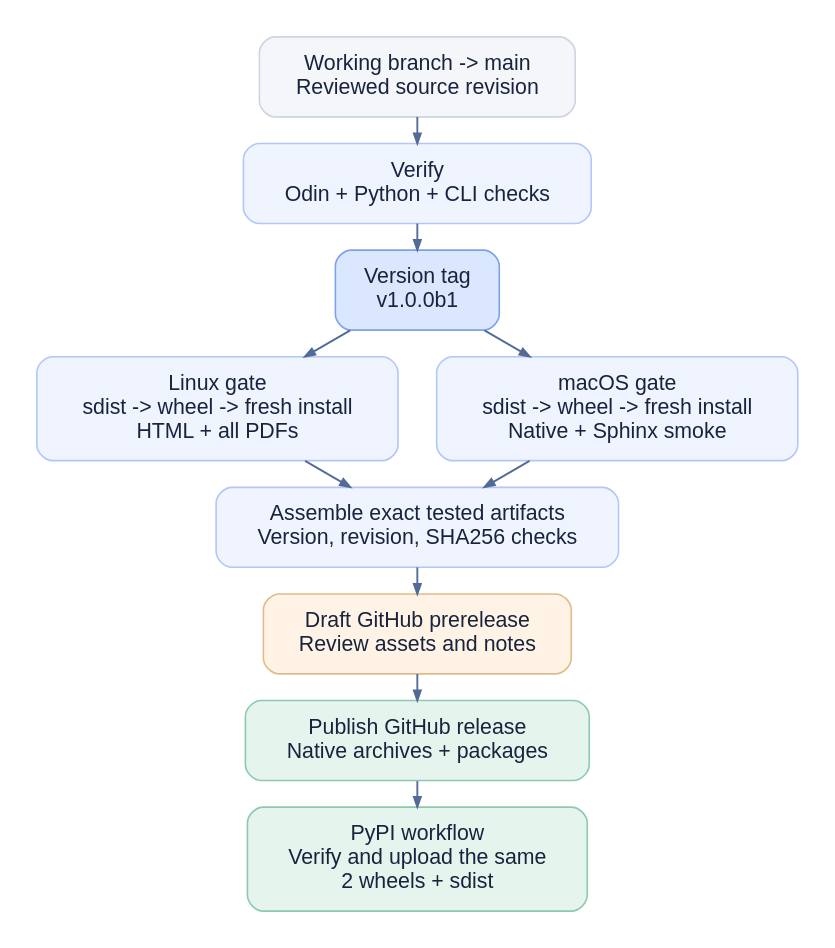
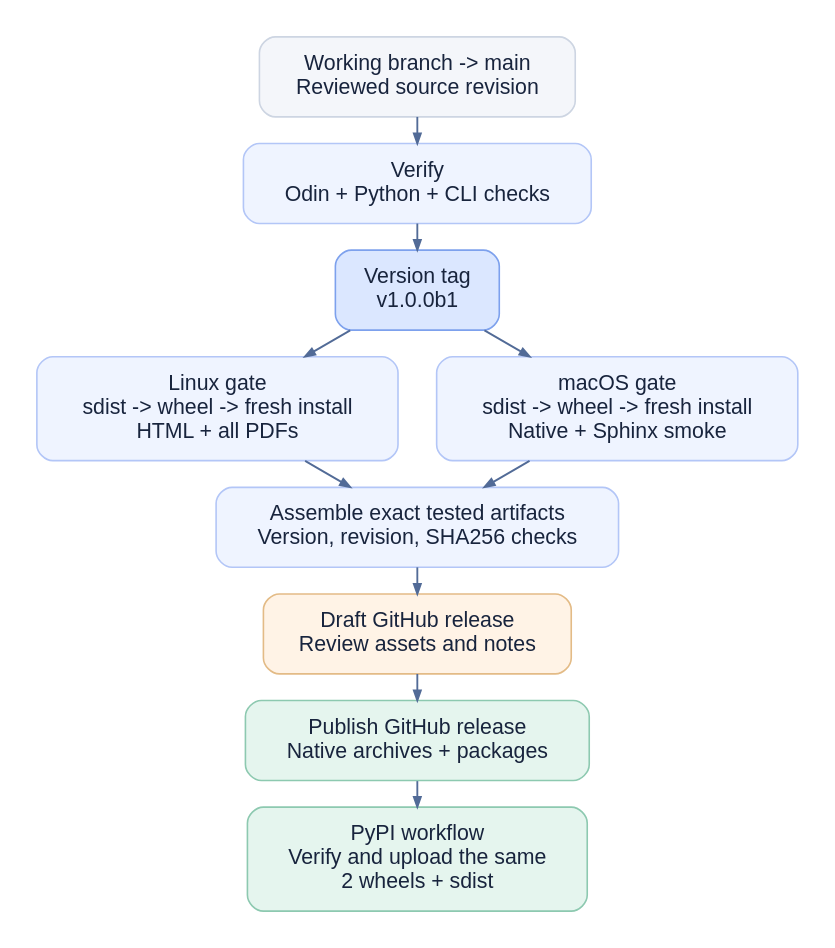
The diagram in docs/book/development/releasing.rst (insanai/docodin), drawn with Graphviz before and after one commit. The commit also changed other lines of this file and 4 other files, not shown here.

Commit message:
Publish 1.0.0b1 as a regular GitHub release and latest download

```diff
--- a/docs/book/development/releasing.rst
+++ b/docs/book/development/releasing.rst
@@ -14,28 +14,28 @@
 .. graphviz::
    :class: adaptive-diagram
    :align: center
    :caption: Publishing a reviewed GitHub draft triggers PyPI; qualified packages are not rebuilt.
    :alt: A verified main revision is tagged, gated on Linux and macOS, assembled with checksums, reviewed as a draft and published; PyPI uploads the same two wheels and source distribution.
 
    digraph release_flow {
    graph [bgcolor="white", pad="0.28", nodesep="0.4", ranksep="0.28", fontname="Helvetica", fontsize=17, fontcolor="#425574", color="#CBD5E1"];
    node [shape=box, style="rounded,filled", fontname="Helvetica", fontsize=16, margin="0.22,0.16", fillcolor="#EFF4FF", color="#B3C6F7", fontcolor="#18243D", penwidth=1.2];
    edge [fontname="Helvetica", fontsize=12, color="#526B97", fontcolor="#425574", arrowsize=0.75, penwidth=1.4];
    rankdir=TB;
    source [label="Working branch -> main\nReviewed source revision", fillcolor="#F4F6FA", color="#CDD5E2"];
    verify [label="Verify\nOdin + Python + CLI checks"];
    tag [label="Version tag\nv1.0.0b1", fillcolor="#DBE7FF", color="#7DA1ED"];
    linux [label="Linux gate\nsdist -> wheel -> fresh install\nHTML + all PDFs"];
    mac [label="macOS gate\nsdist -> wheel -> fresh install\nNative + Sphinx smoke"];
    assemble [label="Assemble exact tested artifacts\nVersion, revision, SHA256 checks"];
-   draft [label="Draft GitHub prerelease\nReview assets and notes", fillcolor="#FFF3E6", color="#E3BB86"];
+   draft [label="Draft GitHub release\nReview assets and notes", fillcolor="#FFF3E6", color="#E3BB86"];
    published [label="Publish GitHub release\nNative archives + packages", fillcolor="#E5F5EE", color="#8DC9B0"];
    pypi [label="PyPI workflow\nVerify and upload the same\n2 wheels + sdist", fillcolor="#E5F5EE", color="#8DC9B0"];
    source -> verify -> tag;
    tag -> linux;
    tag -> mac;
    {rank=same; linux; mac;}
    linux -> assemble;
    mac -> assemble;
    assemble -> draft -> published -> pypi;
    }
```
